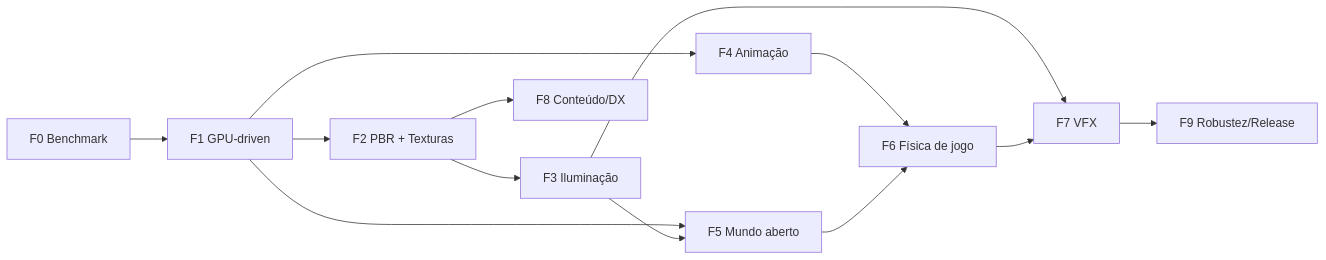
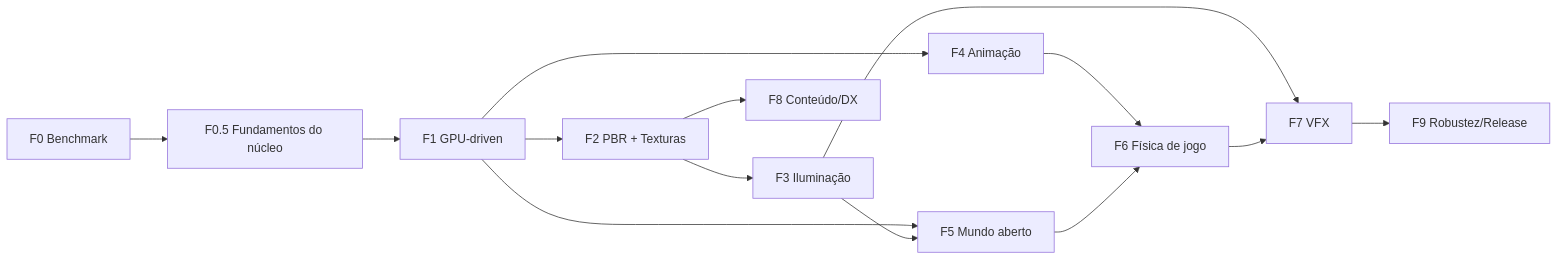
Before and after one commit to dantasgut/clayflow: the diagram in specs/ROADMAP.md, drawn with Mermaid. The commit also changed other lines of this file and 7 other files, not shown here.

First line of the commit message:
docs(roadmap): adiciona fase F0.5 — fundamentos do núcleo — e ajusta spec 002

````diff
--- a/specs/ROADMAP.md
+++ b/specs/ROADMAP.md
@@ -45,15 +63,16 @@
 ```mermaid
 graph LR
-  F0[F0 Benchmark] --> F1[F1 GPU-driven]
+  F0[F0 Benchmark] --> F05[F0.5 Fundamentos do núcleo]
+  F05 --> F1[F1 GPU-driven]
   F1 --> F2[F2 PBR + Texturas]
   F2 --> F3[F3 Iluminação]
   F1 --> F4[F4 Animação]
   F1 --> F5[F5 Mundo aberto]
   F3 --> F5
   F4 --> F6[F6 Física de jogo]
   F5 --> F6
   F3 --> F7[F7 VFX]
   F6 --> F7
   F2 --> F8[F8 Conteúdo/DX]
   F7 --> F9[F9 Robustez/Release]
 ```
````
